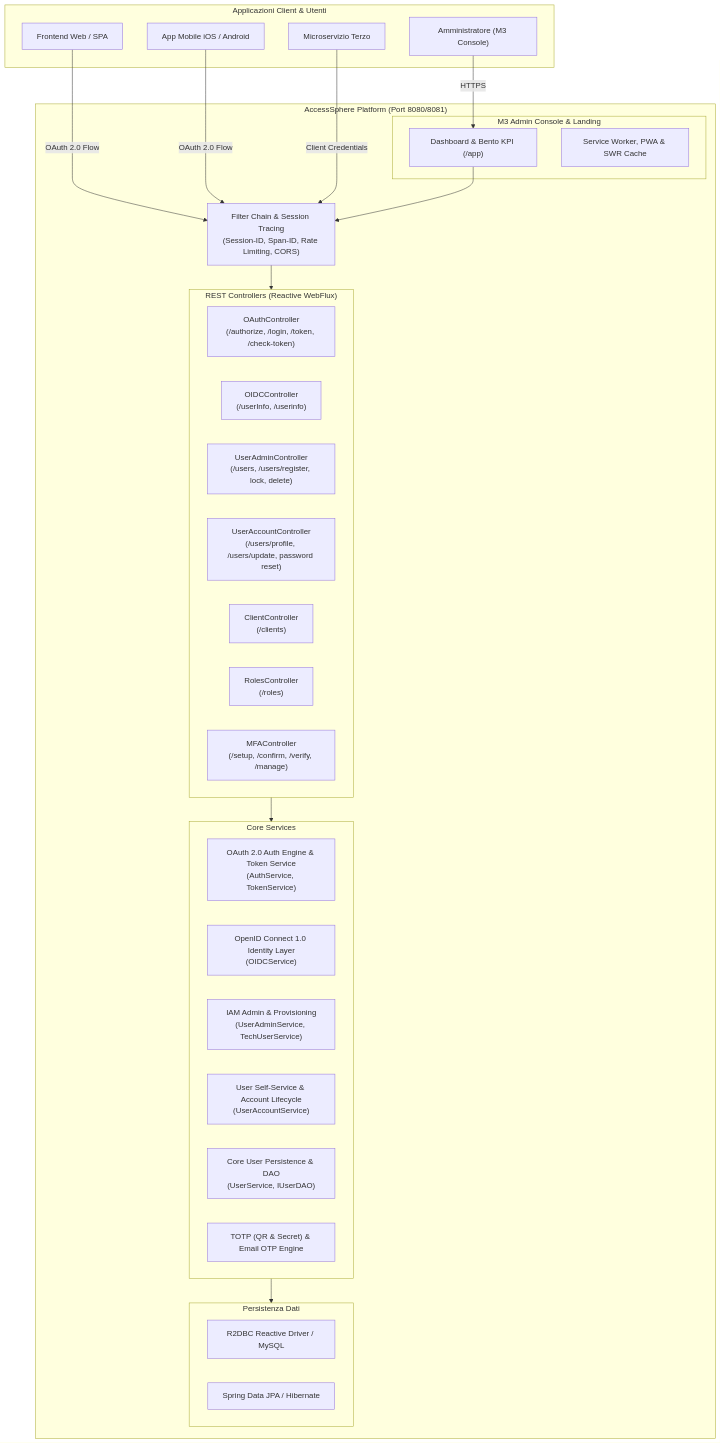
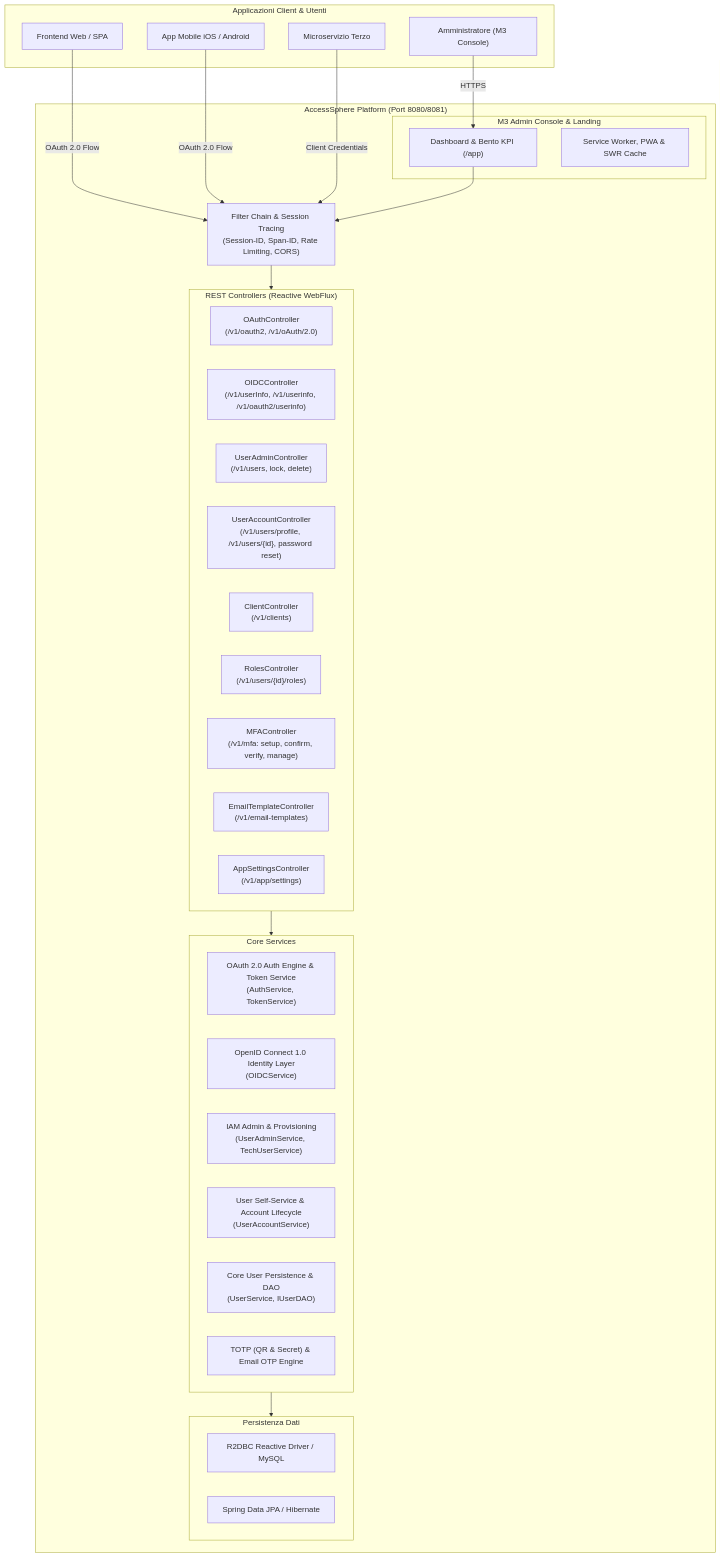
The diagram in README.md (giovannilamarmoraproject/Access-Sphere), drawn with Mermaid before and after one commit. The commit also changed 17 other files, not shown here.

````diff
--- a/README.md
+++ b/README.md
@@ -80,52 +80,54 @@
 ```mermaid
 flowchart TD
     subgraph Clients["Applicazioni Client & Utenti"]
         SPA["Frontend Web / SPA"]
         MobileApp["App Mobile iOS / Android"]
         Microservice["Microservizio Terzo"]
         AdminUser["Amministratore (M3 Console)"]
     end
 
     subgraph AccessSphere["AccessSphere Platform (Port 8080/8081)"]
         Gateway["Filter Chain & Session Tracing\n(Session-ID, Span-ID, Rate Limiting, CORS)"]
         
         subgraph Endpoints["REST Controllers (Reactive WebFlux)"]
-            OAuthCtrl["OAuthController\n(/authorize, /login, /token, /check-token)"]
-            OIDCCtrl["OIDCController\n(/userInfo, /userinfo)"]
-            UserAdminCtrl["UserAdminController\n(/users, /users/register, lock, delete)"]
-            UserAccountCtrl["UserAccountController\n(/users/profile, /users/update, password reset)"]
-            ClientCtrl["ClientController\n(/clients)"]
-            RolesCtrl["RolesController\n(/roles)"]
-            MFACtrl["MFAController\n(/setup, /confirm, /verify, /manage)"]
+            OAuthCtrl["OAuthController\n(/v1/oauth2, /v1/oAuth/2.0)"]
+            OIDCCtrl["OIDCController\n(/v1/userInfo, /v1/userinfo, /v1/oauth2/userinfo)"]
+            UserAdminCtrl["UserAdminController\n(/v1/users, lock, delete)"]
+            UserAccountCtrl["UserAccountController\n(/v1/users/profile, /v1/users/{id}, password reset)"]
+            ClientCtrl["ClientController\n(/v1/clients)"]
+            RolesCtrl["RolesController\n(/v1/users/{id}/roles)"]
+            MFACtrl["MFAController\n(/v1/mfa: setup, confirm, verify, manage)"]
+            EmailTemplateCtrl["EmailTemplateController\n(/v1/email-templates)"]
+            AppSettingsCtrl["AppSettingsController\n(/v1/app/settings)"]
         end
 
         subgraph Core["Core Services"]
             AuthEngine["OAuth 2.0 Auth Engine & Token Service\n(AuthService, TokenService)"]
             OIDCEngine["OpenID Connect 1.0 Identity Layer\n(OIDCService)"]
             IAMAdmin["IAM Admin & Provisioning\n(UserAdminService, TechUserService)"]
             IAMAccount["User Self-Service & Account Lifecycle\n(UserAccountService)"]
             UserPersistence["Core User Persistence & DAO\n(UserService, IUserDAO)"]
             MFAService["TOTP (QR & Secret) & Email OTP Engine"]
         end
 
         subgraph Storage["Persistenza Dati"]
             R2DBC["R2DBC Reactive Driver / MySQL"]
             JPA["Spring Data JPA / Hibernate"]
         end
 
         subgraph Frontend["M3 Admin Console & Landing"]
             M3Dashboard["Dashboard & Bento KPI (/app)"]
             PWA["Service Worker, PWA & SWR Cache"]
         end
     end
 
     SPA -->|OAuth 2.0 Flow| Gateway
     MobileApp -->|OAuth 2.0 Flow| Gateway
     Microservice -->|Client Credentials| Gateway
     AdminUser -->|HTTPS| M3Dashboard
 
     M3Dashboard --> Gateway
     Gateway --> Endpoints
     Endpoints --> Core
     Core --> Storage
 ```
````
